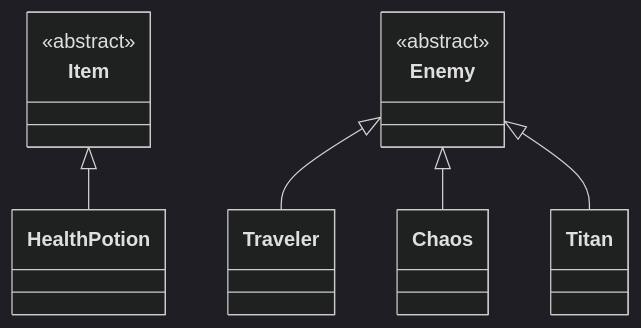
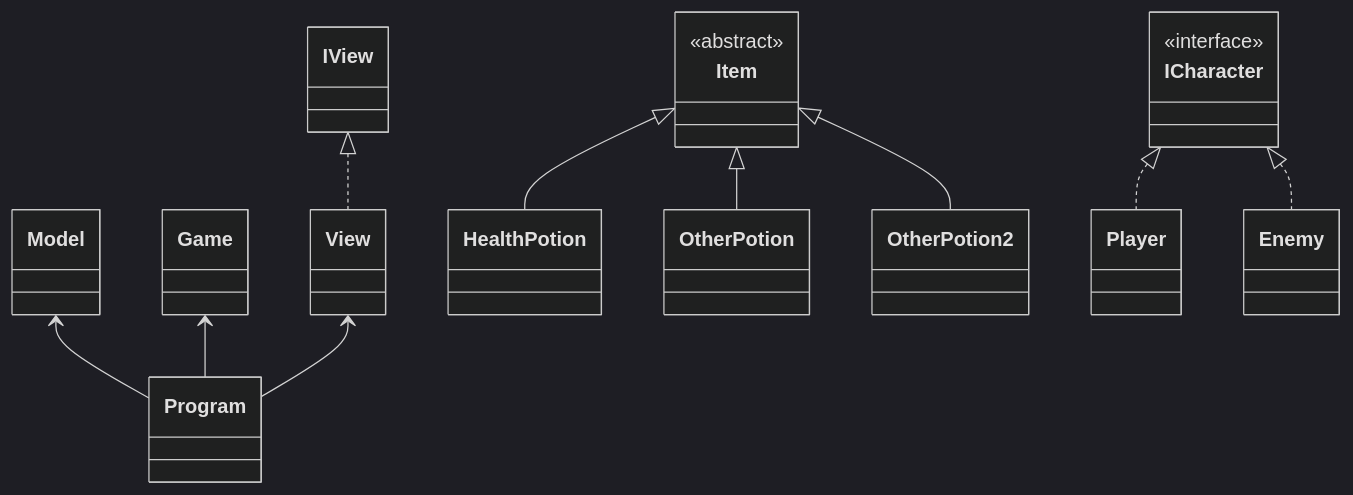
Before and after one commit to bryanb619/DungeonCrawler: the diagram in README.md, drawn with Mermaid (dark theme). The commit also changed other lines of this file, not shown here.

Commit message:
Update README: Add of constribution & UML update

````diff
--- a/README.md
+++ b/README.md
@@ -72,19 +80,25 @@
 ```mermaid
 
 classDiagram
 
+  Model             <--    Program 
+  Game              <--    Program      
+  View              <--    Program 
 
-  Item         <|--     HealthPotion
+  IView             <|..    View
 
-  Enemy        <|--     Traveler
-  Enemy        <|--     Chaos
-  Enemy        <|--     Titan 
+  Item              <|--     HealthPotion
+  Item              <|--     OtherPotion  
+  Item              <|--     OtherPotion2  
+
+  ICharacter        <|..     Player
+  ICharacter        <|..     Enemy
 
 
   class Item 
   <<abstract>> Item 
 
-  class Enemy
-  <<abstract>> Enemy 
+  class ICharacter 
+  <<interface>>  ICharacter 
 
 ```
````
